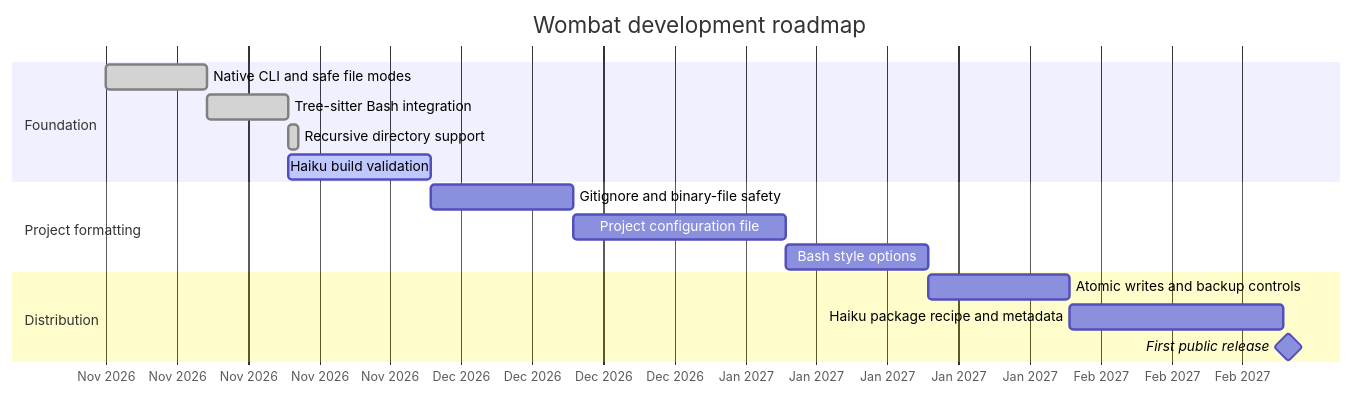
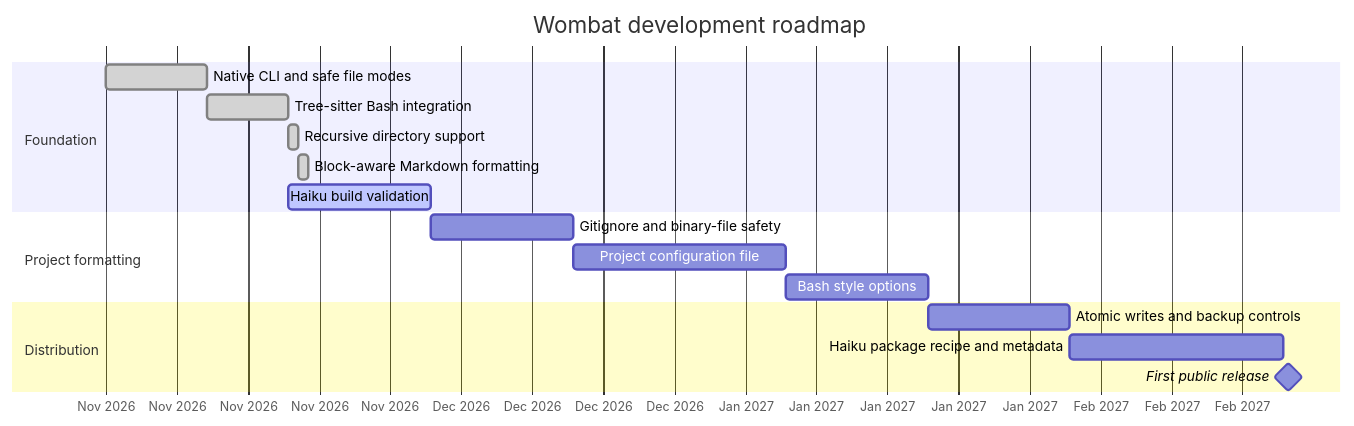
One commit to sikosis/wombat changed the diagram in README.md. Above: the diagram before and after it, drawn with Mermaid. The commit also changed other lines of this file and 2 other files, not shown here.

Commit message:
markdown proper block-awareness

````diff
--- a/README.md
+++ b/README.md
@@ -144,22 +154,23 @@
 ```mermaid
 gantt
     title Wombat development roadmap
     dateFormat  YYYY-MM-DD
     axisFormat  %b %Y
 
     section Foundation
     Native CLI and safe file modes       :done, cli, 2026-11-01, 10d
     Tree-sitter Bash integration         :done, parser, after cli, 8d
     Recursive directory support          :done, recursive, 2026-11-19, 1d
+    Block-aware Markdown formatting      :done, markdown, 2026-11-20, 1d
     Haiku build validation               :active, haiku, 2026-11-19, 14d
 
     section Project formatting
     Gitignore and binary-file safety      :ignore, after haiku, 14d
     Project configuration file           :config, after ignore, 21d
     Bash style options                    :styles, after config, 14d
 
     section Distribution
     Atomic writes and backup controls     :safety, after styles, 14d
     Haiku package recipe and metadata     :package, after safety, 21d
     First public release                  :milestone, release, after package, 1d
 ```
````
